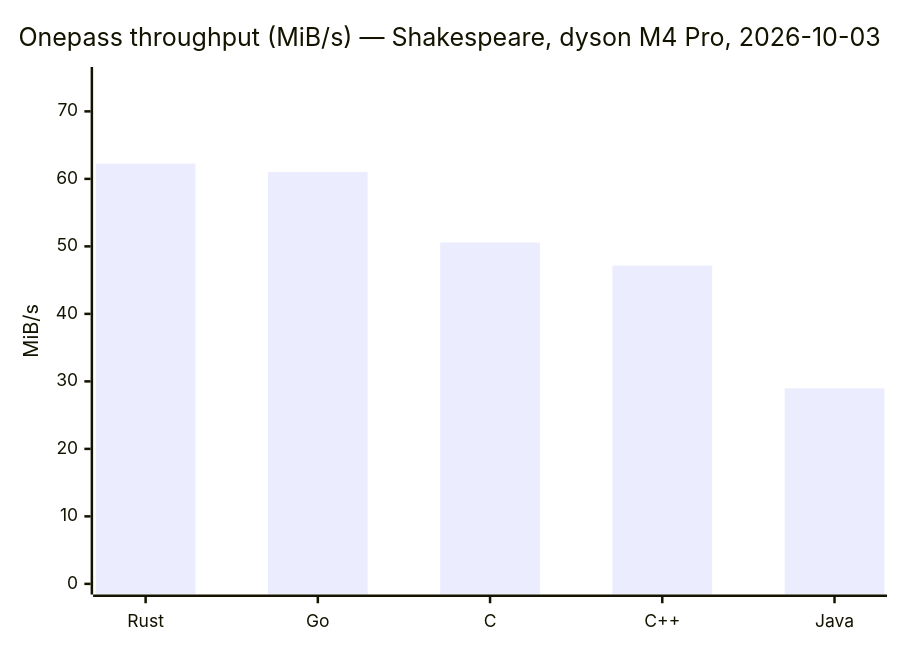
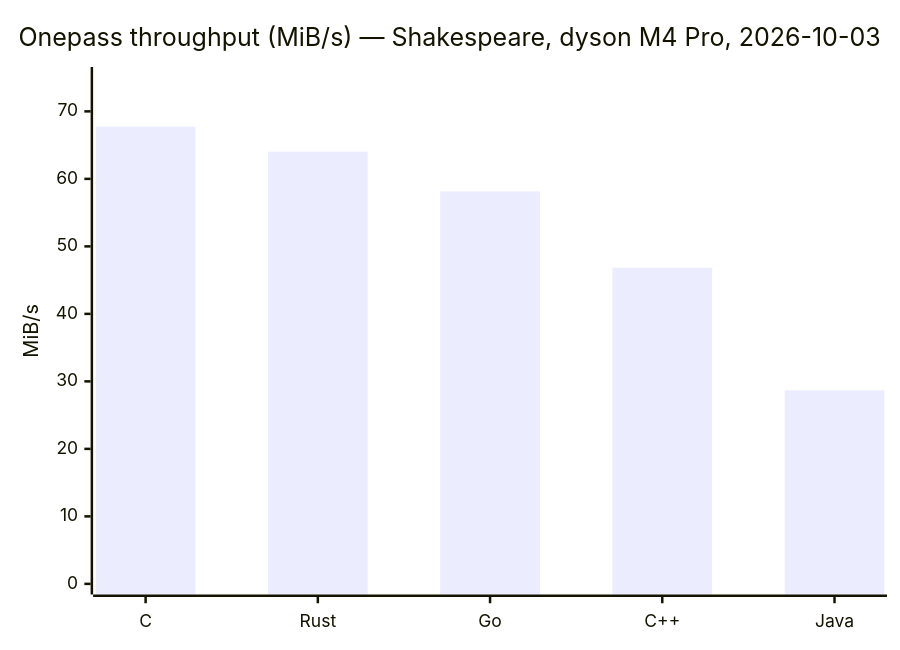
One commit to darrelllong/Delta-Compression changed the third of 10 diagrams in ANALYSIS.md. Above: the diagram before and after it, drawn with Mermaid. The commit also changed other lines of this file and 30 other files, not shown here.

````diff
--- a/ANALYSIS.md
+++ b/ANALYSIS.md
@@ -481,7 +487,7 @@
 ```mermaid
 xychart-beta
     title "Onepass throughput (MiB/s) — Shakespeare, dyson M4 Pro, 2026-10-03"
-    x-axis ["Rust", "Go", "C", "C++", "Java"]
+    x-axis ["C", "Rust", "Go", "C++", "Java"]
     y-axis "MiB/s" 0 --> 75
-    bar [62.26, 61.02, 50.58, 47.15, 28.97]
+    bar [67.75, 64.03, 58.14, 46.84, 28.67]
 ```
````
